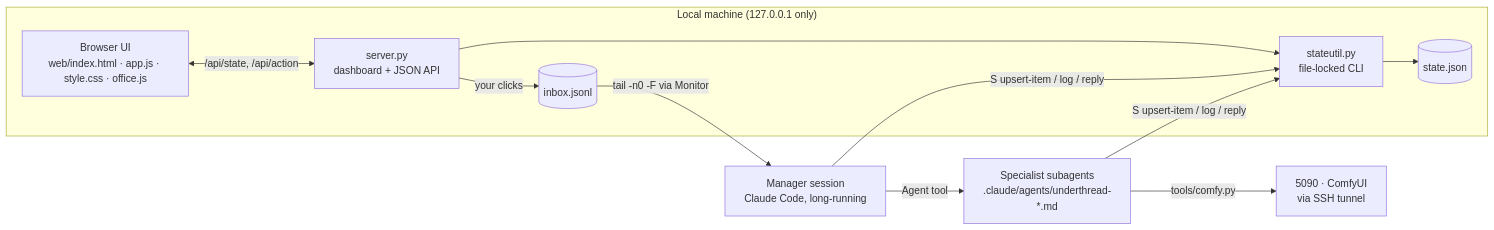
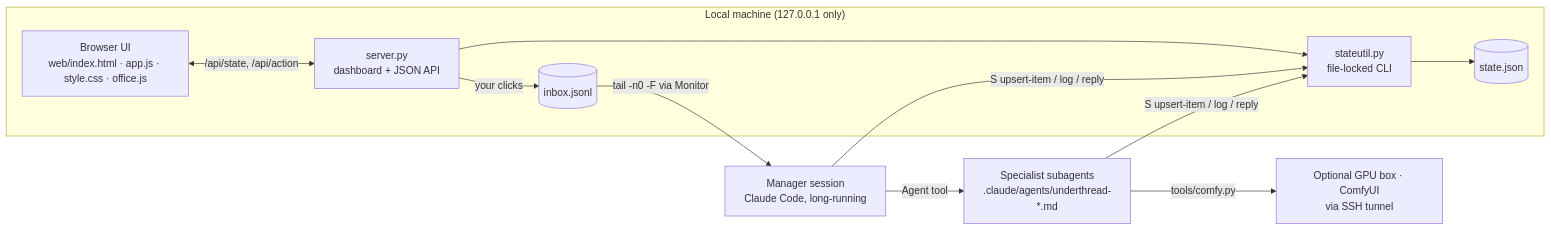
The diagram in SETUP-GUIDE.md (dxu2/underthread), drawn with Mermaid before and after one commit. The commit also changed other lines of this file and 3 other files, not shown here.

````diff
--- a/SETUP-GUIDE.md
+++ b/SETUP-GUIDE.md
@@ -26,21 +26,21 @@
 ```mermaid
 flowchart LR
   subgraph Local["Local machine (127.0.0.1 only)"]
     UI[Browser UI<br/>web/index.html · app.js · style.css · office.js]
     SRV[server.py<br/>dashboard + JSON API]
     SU[stateutil.py<br/>file-locked CLI]
     ST[(state.json)]
     IN[(inbox.jsonl)]
   end
   MGR[Manager session<br/>Claude Code, long-running]
   AG[Specialist subagents<br/>.claude/agents/underthread-*.md]
-  GPU[5090 · ComfyUI<br/>via SSH tunnel]
+  GPU[Optional GPU box · ComfyUI<br/>via SSH tunnel]
 
   UI <-->|/api/state, /api/action| SRV
   SRV --> SU --> ST
   SRV -->|your clicks| IN
   IN -->|tail -n0 -F via Monitor| MGR
   MGR -->|Agent tool| AG
   MGR & AG -->|S upsert-item / log / reply| SU
   AG -->|tools/comfy.py| GPU
 ```
````
